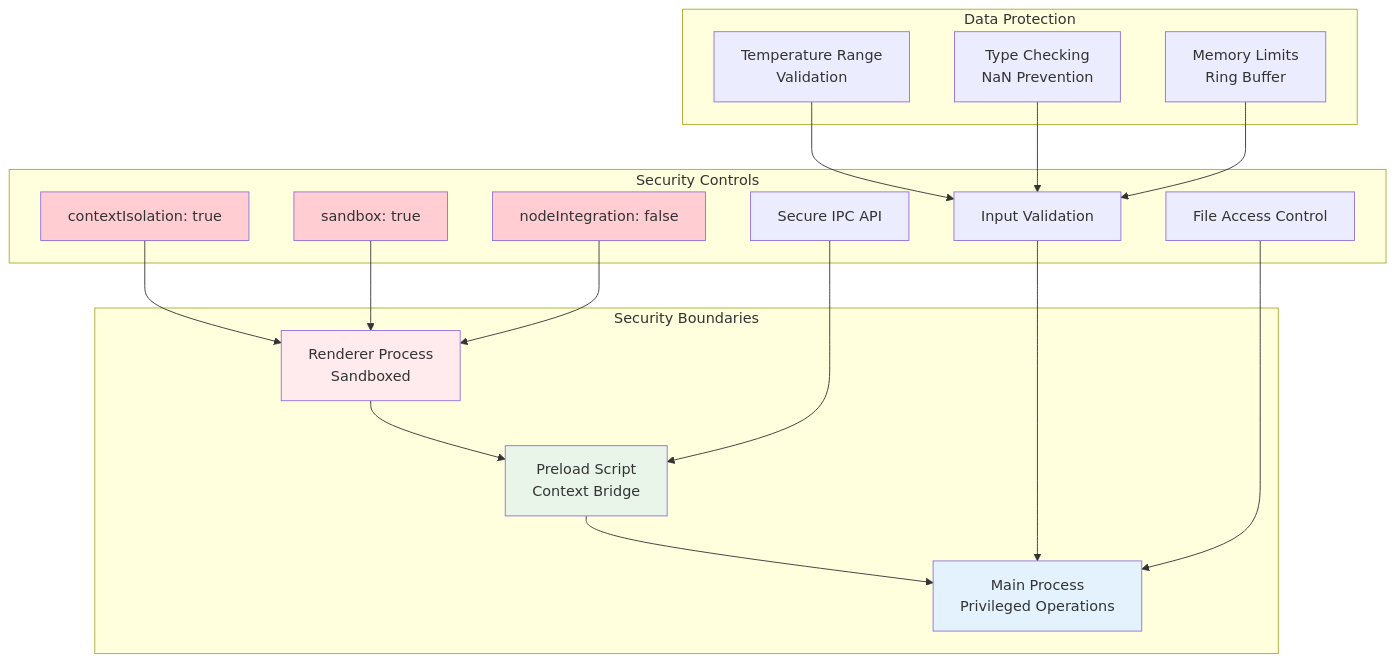
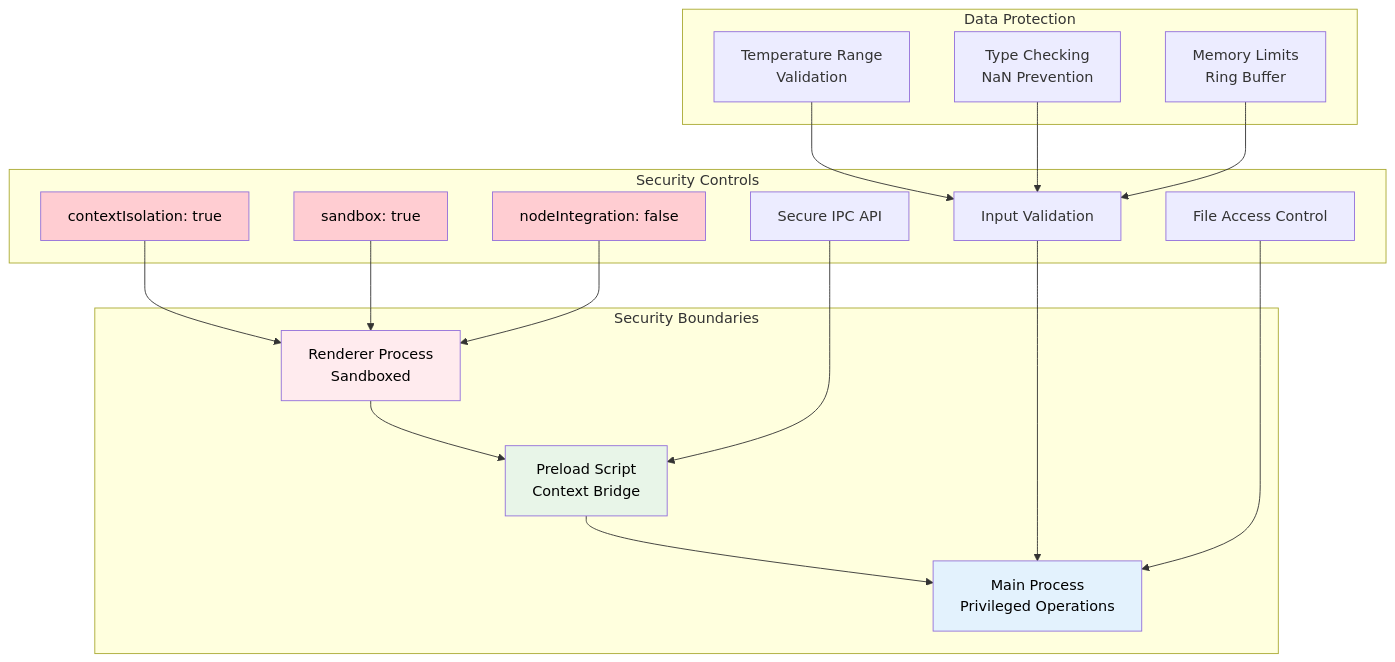
One commit to Interlaken0/temperature-plotter changed the fifth of 10 diagrams in docs/SYSTEM_ARCHITECTURE.md. Above: the diagram before and after it, drawn with Mermaid. The commit also changed other lines of this file and 8 other files, not shown here.

First line of the commit message:
Standardise Mermaid diagram text colour to black across all documentation

````diff
--- a/docs/SYSTEM_ARCHITECTURE.md
+++ b/docs/SYSTEM_ARCHITECTURE.md
@@ -173,29 +173,29 @@
 ```mermaid
 graph TB
     subgraph "Security Boundaries"
         A[Renderer Process<br/>Sandboxed] --> B[Preload Script<br/>Context Bridge]
         B --> C[Main Process<br/>Privileged Operations]
     end
     
     subgraph "Security Controls"
         D[contextIsolation: true] --> A
         E[sandbox: true] --> A
         F[nodeIntegration: false] --> A
         G[Secure IPC API] --> B
         H[Input Validation] --> C
         I[File Access Control] --> C
     end
     
     subgraph "Data Protection"
         J[Temperature Range<br/>Validation] --> H
         K[Type Checking<br/>NaN Prevention] --> H
         L[Memory Limits<br/>Ring Buffer] --> H
     end
     
-    style A fill:#ffebee
-    style B fill:#e8f5e8
-    style C fill:#e3f2fd
-    style D fill:#ffcdd2
-    style E fill:#ffcdd2
-    style F fill:#ffcdd2
+    style A fill:#ffebee,color:#000000
+    style B fill:#e8f5e8,color:#000000
+    style C fill:#e3f2fd,color:#000000
+    style D fill:#ffcdd2,color:#000000
+    style E fill:#ffcdd2,color:#000000
+    style F fill:#ffcdd2,color:#000000
 ```
````
